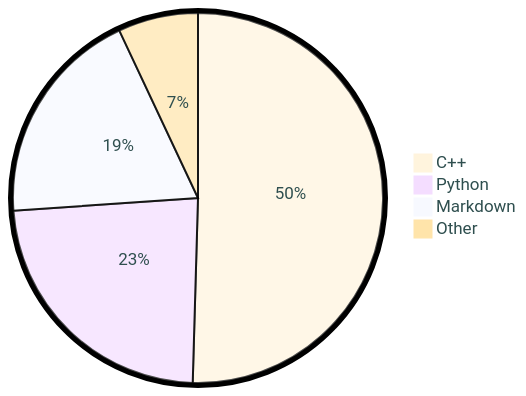
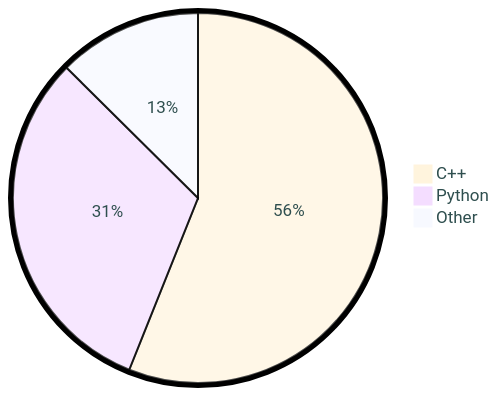
Before and after one commit to tot0p/tot0p: the diagram in README.md, drawn with Mermaid. The commit also changed other lines of this file, not shown here.

````diff
--- a/README.md
+++ b/README.md
@@ -79,8 +79,7 @@
 ```mermaid
 %%{init: {"pie": {"textPosition": 0.5}, "themeVariables": {"pieOuterStrokeWidth": "5px","primaryTextColor" : "#2F4F4F"},"theme":"base"} }%%
 pie
-	"C++": 50.45
-	"Python": 23.45
-	"Markdown": 19.1
-	"Other": 6.99
+	"C++": 56.06
+	"Python": 31.37
+	"Other": 12.57
 ```
````
